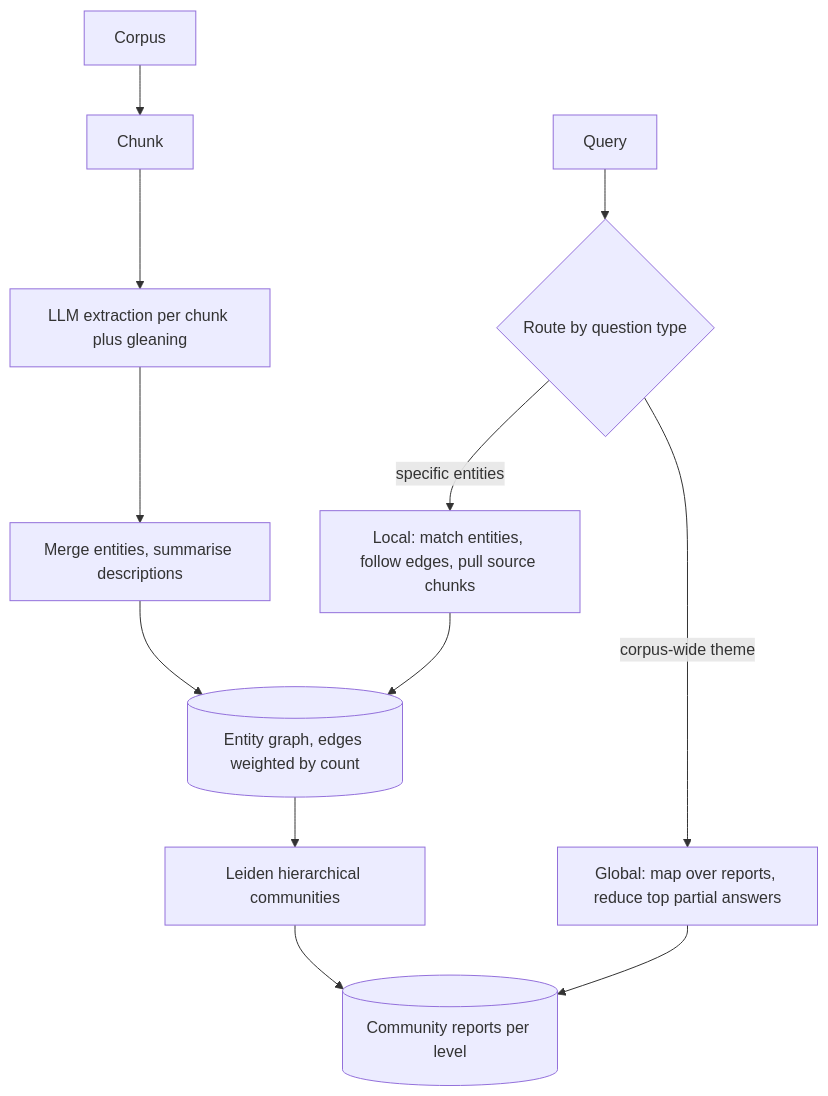
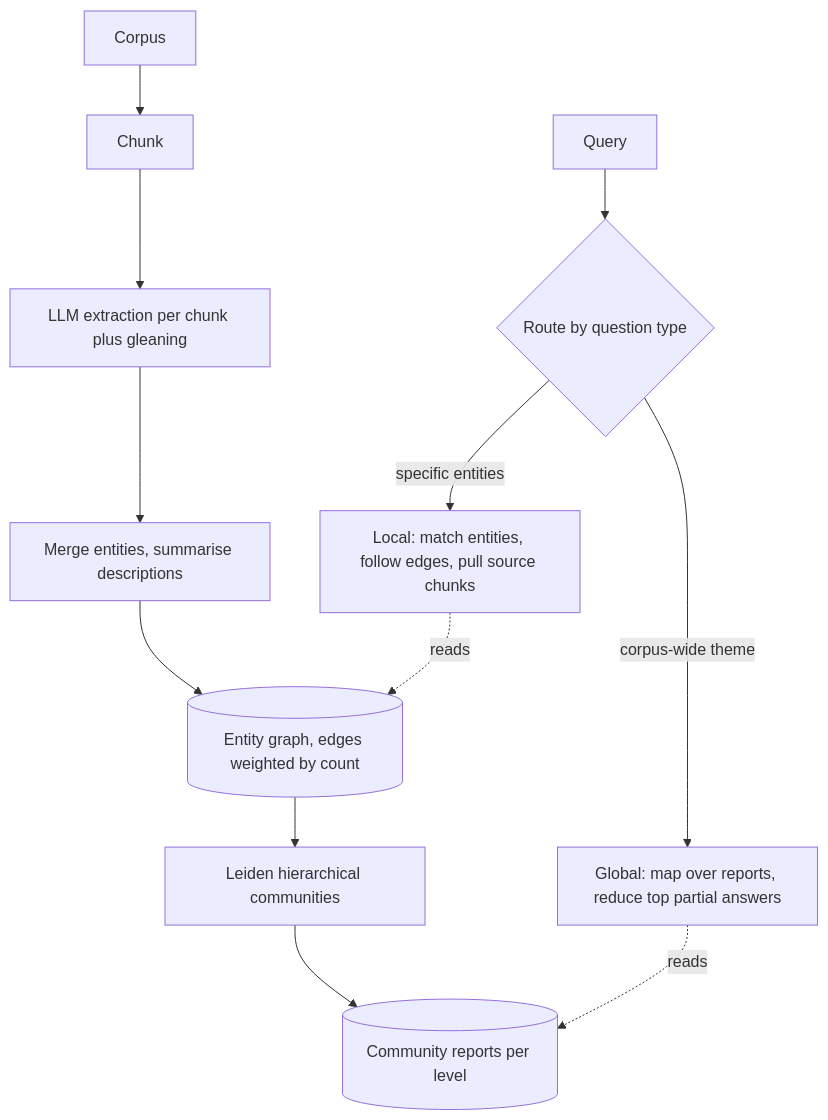
The diagram in content/rag-retrieval/graphrag.md (lovishmahajan97/agentic-learning), drawn with Mermaid before and after one commit. The commit also changed other lines of this file and 278 other files, not shown here.

````diff
--- a/content/rag-retrieval/graphrag.md
+++ b/content/rag-retrieval/graphrag.md
@@ -107,14 +107,14 @@
 ```mermaid
 flowchart TD
     D["Corpus"] --> C["Chunk"]
     C --> X["LLM extraction per chunk plus gleaning"]
     X --> MG["Merge entities, summarise descriptions"]
     MG --> G[("Entity graph, edges weighted by count")]
     G --> L["Leiden hierarchical communities"]
     L --> R[("Community reports per level")]
     Q["Query"] --> RT{"Route by question type"}
     RT -->|"corpus-wide theme"| GS["Global: map over reports, reduce top partial answers"]
     RT -->|"specific entities"| LS["Local: match entities, follow edges, pull source chunks"]
-    GS --> R
-    LS --> G
+    GS -.->|"reads"| R
+    LS -.->|"reads"| G
 ```
````
